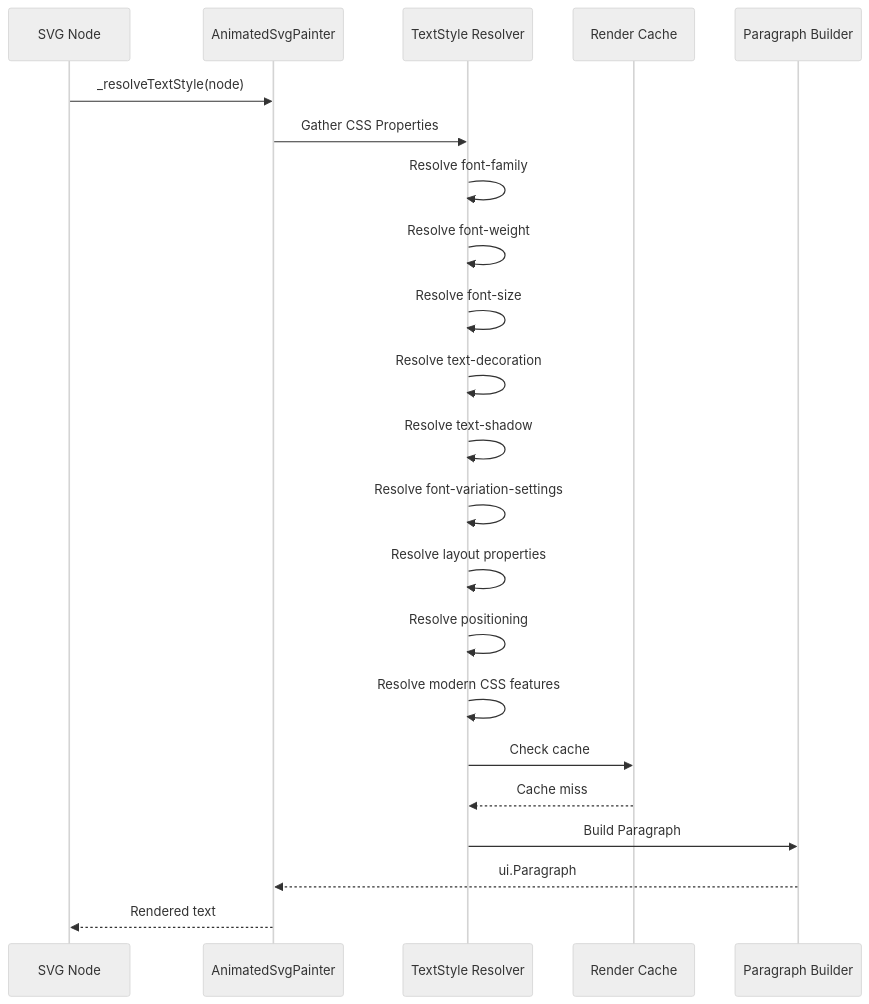
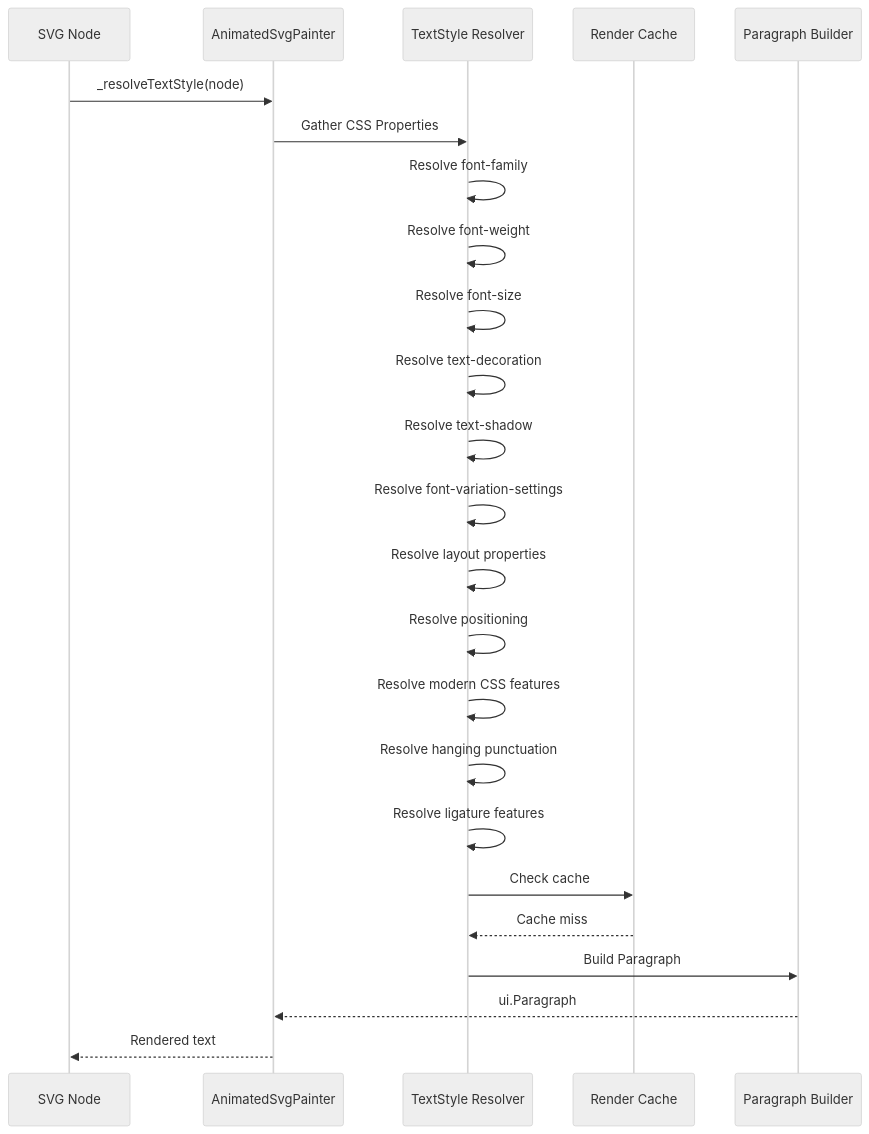
The third of 13 diagrams in .qoder/repowiki/en/content/Animated SVG Support/Advanced Animation Features/Enhanced Text Styling System/Enhanced Text Styling System.md (denisnadey/flutter_full_svg_support), drawn with Mermaid (neutral theme) before and after one commit. The commit also changed other lines of this file and 10 other files, not shown here.

First line of the commit message:
feat(text-styling): add hanging punctuation, deep nesting baseline, and ligature features

````diff
--- a/.qoder/repowiki/en/content/Animated SVG Support/Advanced Animation Features/Enhanced Text Styling System/Enhanced Text Styling System.md
+++ b/.qoder/repowiki/en/content/Animated SVG Support/Advanced Animation Features/Enhanced Text Styling System/Enhanced Text Styling System.md
@@ -212,24 +261,26 @@
 ```mermaid
 sequenceDiagram
 participant Node as SVG Node
 participant Painter as AnimatedSvgPainter
 participant Resolver as TextStyle Resolver
 participant Cache as Render Cache
 participant Builder as Paragraph Builder
 Node->>Painter : _resolveTextStyle(node)
 Painter->>Resolver : Gather CSS Properties
 Resolver->>Resolver : Resolve font-family
 Resolver->>Resolver : Resolve font-weight
 Resolver->>Resolver : Resolve font-size
 Resolver->>Resolver : Resolve text-decoration
 Resolver->>Resolver : Resolve text-shadow
 Resolver->>Resolver : Resolve font-variation-settings
 Resolver->>Resolver : Resolve layout properties
 Resolver->>Resolver : Resolve positioning
 Resolver->>Resolver : Resolve modern CSS features
+Resolver->>Resolver : Resolve hanging punctuation
+Resolver->>Resolver : Resolve ligature features
 Resolver->>Cache : Check cache
 Cache-->>Resolver : Cache miss
 Resolver->>Builder : Build Paragraph
 Builder-->>Painter : ui.Paragraph
 Painter-->>Node : Rendered text
 ```
````
